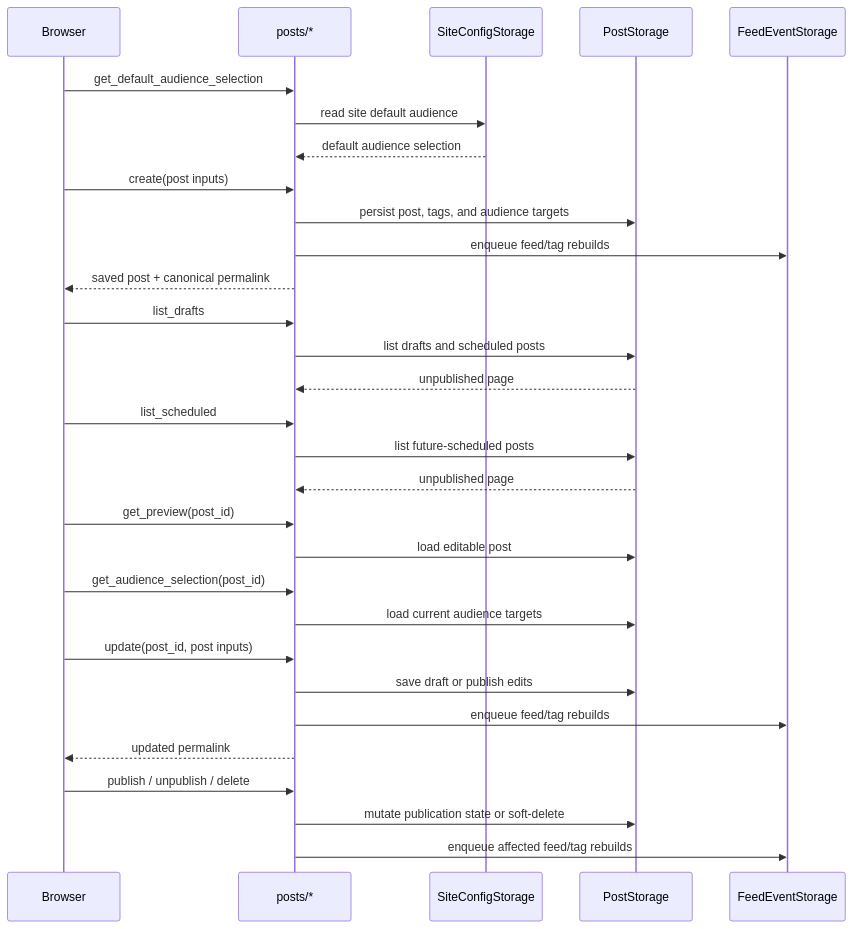
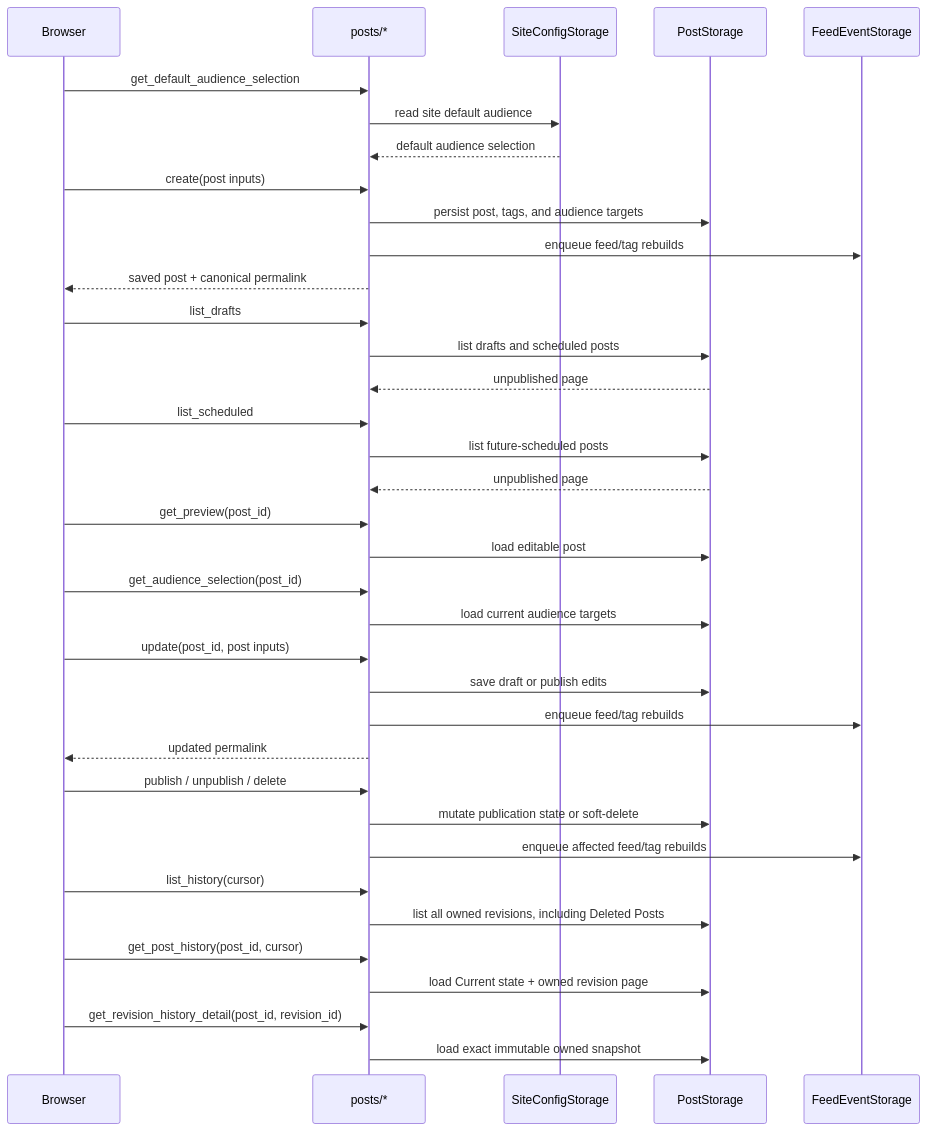
One commit to jaunder-org/jaunder changed the diagram in docs/flows/post-authoring-lifecycle.md. Above: the diagram before and after it, drawn with Mermaid. The commit also changed other lines of this file and 23 other files, not shown here.

Commit message:
feat(web): add owner post revision history

````diff
--- a/docs/flows/post-authoring-lifecycle.md
+++ b/docs/flows/post-authoring-lifecycle.md
@@ -52,39 +67,46 @@
 ```mermaid
 sequenceDiagram
     participant Browser
     participant Posts as posts/*
     participant Site as SiteConfigStorage
     participant Store as PostStorage
     participant Feed as FeedEventStorage
 
     Browser->>Posts: get_default_audience_selection
     Posts->>Site: read site default audience
     Site-->>Posts: default audience selection
 
     Browser->>Posts: create(post inputs)
     Posts->>Store: persist post, tags, and audience targets
     Posts->>Feed: enqueue feed/tag rebuilds
     Posts-->>Browser: saved post + canonical permalink
 
     Browser->>Posts: list_drafts
     Posts->>Store: list drafts and scheduled posts
     Store-->>Posts: unpublished page
 
     Browser->>Posts: list_scheduled
     Posts->>Store: list future-scheduled posts
     Store-->>Posts: unpublished page
 
     Browser->>Posts: get_preview(post_id)
     Posts->>Store: load editable post
     Browser->>Posts: get_audience_selection(post_id)
     Posts->>Store: load current audience targets
 
     Browser->>Posts: update(post_id, post inputs)
     Posts->>Store: save draft or publish edits
     Posts->>Feed: enqueue feed/tag rebuilds
     Posts-->>Browser: updated permalink
 
     Browser->>Posts: publish / unpublish / delete
     Posts->>Store: mutate publication state or soft-delete
     Posts->>Feed: enqueue affected feed/tag rebuilds
+
+    Browser->>Posts: list_history(cursor)
+    Posts->>Store: list all owned revisions, including Deleted Posts
+    Browser->>Posts: get_post_history(post_id, cursor)
+    Posts->>Store: load Current state + owned revision page
+    Browser->>Posts: get_revision_history_detail(post_id, revision_id)
+    Posts->>Store: load exact immutable owned snapshot
 ```
````
